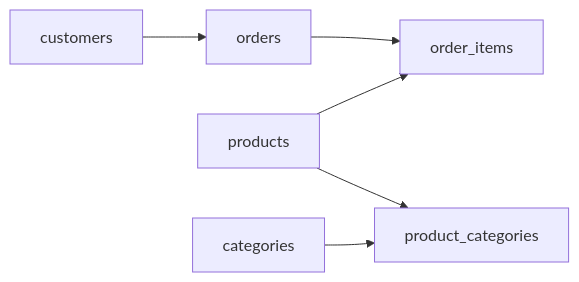
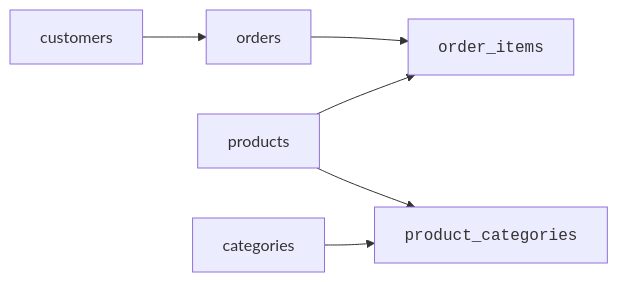
One commit to dataslope/dataslope changed the second of 5 diagrams in content/learn/database-design-postgresql/case-study-ecommerce.mdx. Above: the diagram before and after it, drawn with Mermaid. The commit also changed other lines of this file and 153 other files, not shown here.

First line of the commit message:
Render code-only mermaid shapes in monospace; convert step sequences to Steps

````diff
--- a/content/learn/database-design-postgresql/case-study-ecommerce.mdx
+++ b/content/learn/database-design-postgresql/case-study-ecommerce.mdx
@@ -44,8 +44,8 @@
 ```mermaid
 flowchart LR
     Customers["customers"] --> Orders["orders"]
-    Orders --> Items["order_items"]
+    Orders --> Items["<code>order_items</code>"]
     Products["products"] --> Items
-    Products --> ProductCategories["product_categories"]
+    Products --> ProductCategories["<code>product_categories</code>"]
     Categories["categories"] --> ProductCategories
 ```
````
